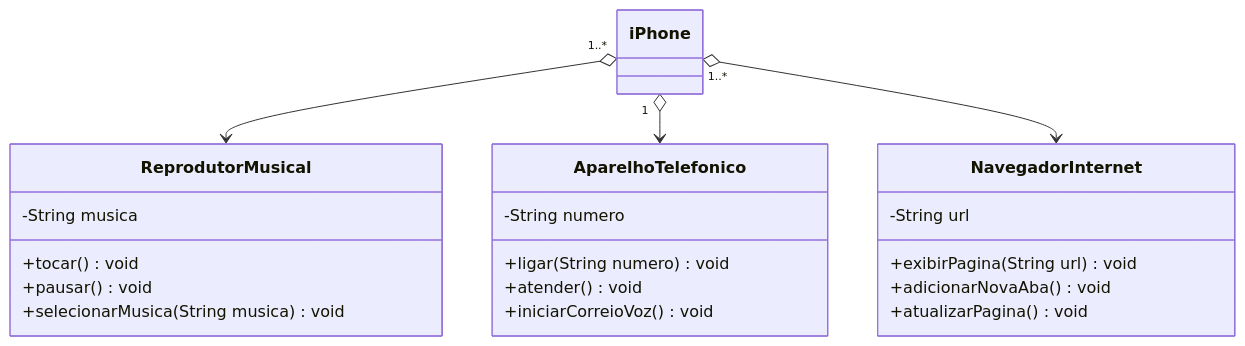
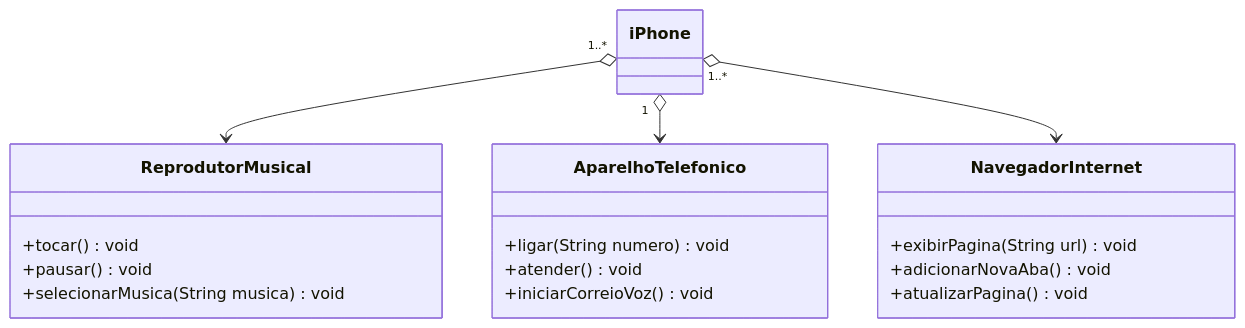
Before and after one commit to liviagomesa/DIO_Backend-com-Java_Desafio-04: the second of 2 diagrams in README.md, drawn with Mermaid. The commit also changed other lines of this file and 10 other files, not shown here.

Commit message:
fazer código e revisar diagrama UML retirando os atributos

````diff
--- a/README.md
+++ b/README.md
@@ -71,27 +71,24 @@
 ```mermaid
 classDiagram
     iPhone "1..*" o--> ReprodutorMusical
     iPhone "1" o--> AparelhoTelefonico
     iPhone "1..*" o--> NavegadorInternet
     
     class ReprodutorMusical{
-        -String musica
         +tocar() void
         +pausar() void
         +selecionarMusica(String musica) void
     }
 
     class AparelhoTelefonico{
-        -String numero
         +ligar(String numero) void
         +atender() void
         +iniciarCorreioVoz() void
     }
 
     class NavegadorInternet{
-        -String url
         +exibirPagina(String url) void
         +adicionarNovaAba() void
         +atualizarPagina() void
     }
 ```
````
